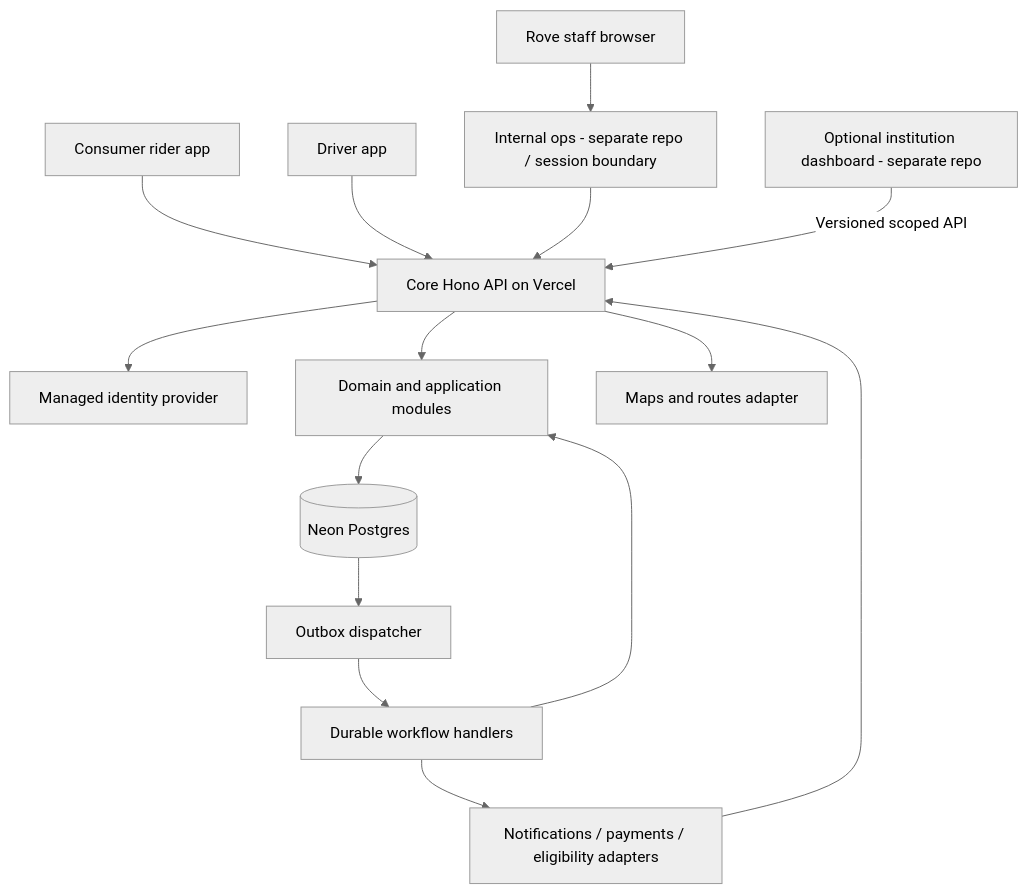
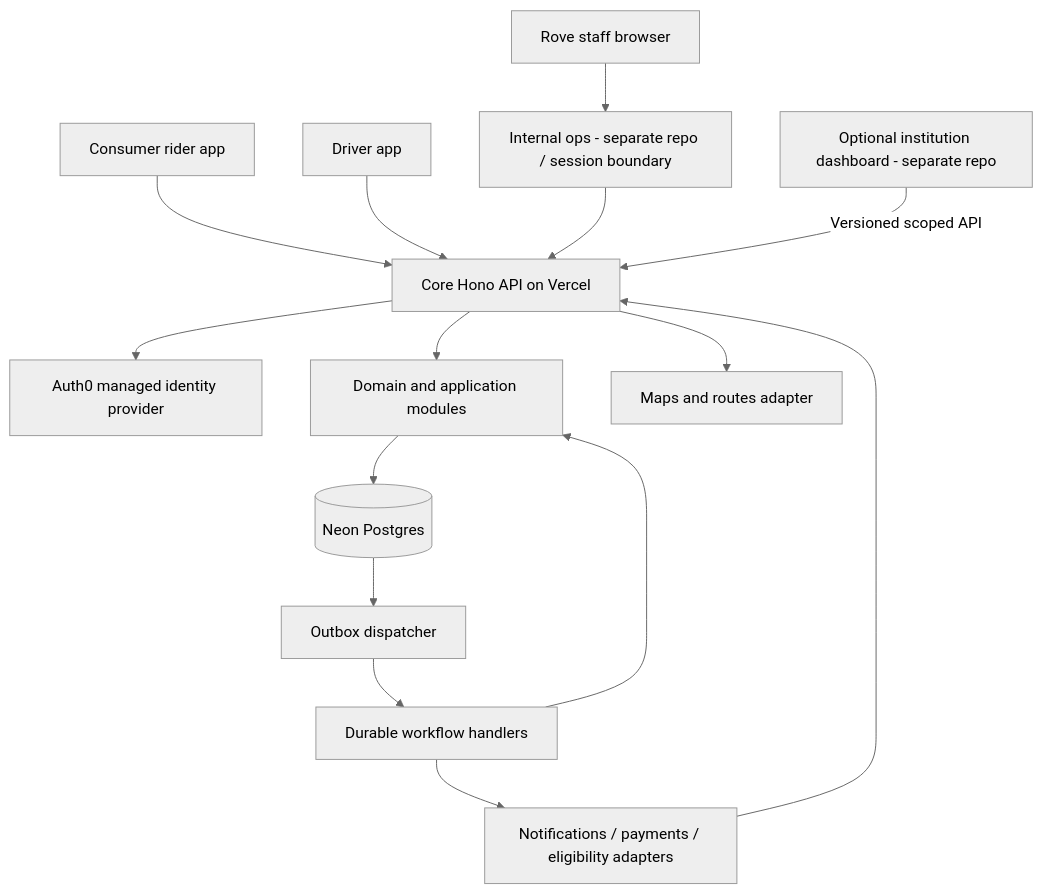
The diagram in docs/02-system-architecture.md (SahilWikhe/Rove_Mobile), drawn with Mermaid (neutral theme) before and after one commit. The commit also changed 4 other files, not shown here.

````diff
--- a/docs/02-system-architecture.md
+++ b/docs/02-system-architecture.md
@@ -25,17 +25,17 @@
 ```mermaid
 flowchart TB
     Rider["Consumer rider app"] --> API["Core Hono API on Vercel"]
     Driver["Driver app"] --> API
     Browser["Rove staff browser"] --> Ops["Internal ops - separate repo / session boundary"]
     Ops --> API
     B2B["Optional institution dashboard - separate repo"] -->|"Versioned scoped API"| API
-    API --> Auth["Managed identity provider"]
+    API --> Auth["Auth0 managed identity provider"]
     API --> Domain["Domain and application modules"]
     Domain --> DB[("Neon Postgres")]
     DB --> Outbox["Outbox dispatcher"]
     Outbox --> Jobs["Durable workflow handlers"]
     Jobs --> Domain
     Jobs --> Providers["Notifications / payments / eligibility adapters"]
     API --> Maps["Maps and routes adapter"]
     Providers --> API
 ```
````
